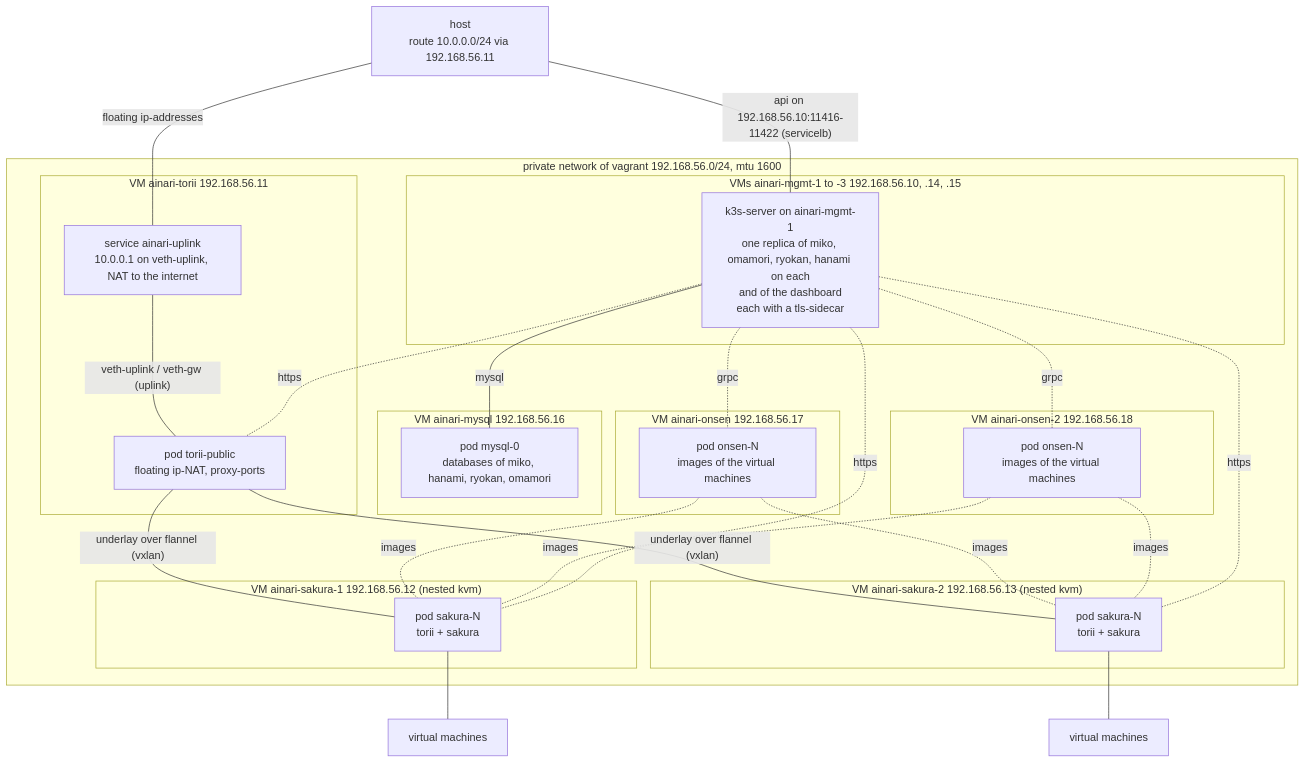
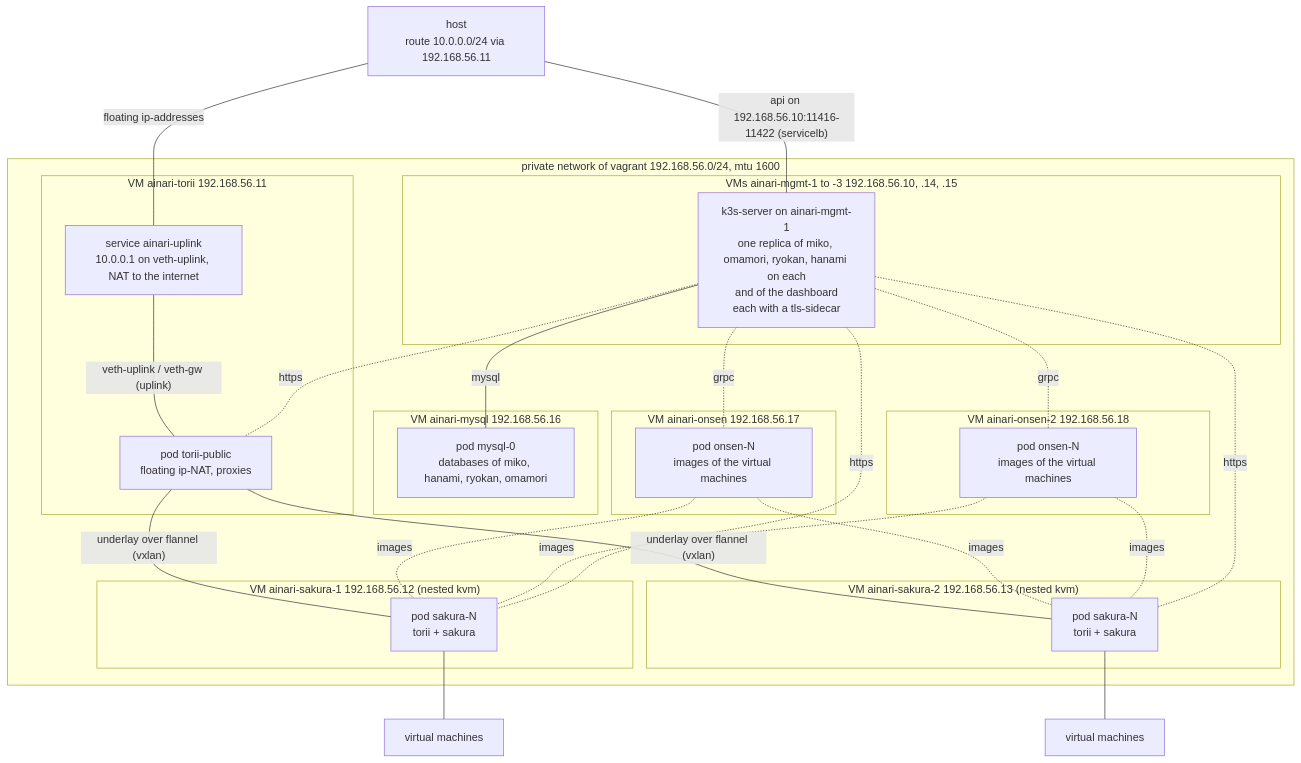
One commit to kitsudaiki/ainari changed the diagram in docs/developer/local_testing/vagrant_setup.md. Above: the diagram before and after it, drawn with Mermaid. The commit also changed other lines of this file and 108 other files, not shown here.

First line of the commit message:
feat(#991): replaced torii ports

````diff
--- a/docs/developer/local_testing/vagrant_setup.md
+++ b/docs/developer/local_testing/vagrant_setup.md
@@ -38,47 +38,47 @@
 ```mermaid
 flowchart TB
     host["host<br/>route 10.0.0.0/24 via 192.168.56.11"]
 
     subgraph net["private network of vagrant 192.168.56.0/24, mtu 1600"]
         subgraph mgmt["VMs ainari-mgmt-1 to -3 192.168.56.10, .14, .15"]
             control["k3s-server on ainari-mgmt-1<br/>one replica of miko, omamori, ryokan, hanami on each<br/>and of the dashboard<br/>each with a tls-sidecar"]
         end
         subgraph onsenvm["VM ainari-onsen 192.168.56.17"]
             onsen["pod onsen-N<br/>images of the virtual machines"]
         end
         subgraph onsenvm2["VM ainari-onsen-2 192.168.56.18"]
             onsen2["pod onsen-N<br/>images of the virtual machines"]
         end
         subgraph mysqlvm["VM ainari-mysql 192.168.56.16"]
             mysql["pod mysql-0<br/>databases of miko, hanami, ryokan, omamori"]
         end
         subgraph toriivm["VM ainari-torii 192.168.56.11"]
             uplink["service ainari-uplink<br/>10.0.0.1 on veth-uplink, NAT to the internet"]
-            public["pod torii-public<br/>floating ip-NAT, proxy-ports"]
+            public["pod torii-public<br/>floating ip-NAT, proxies"]
         end
         subgraph sak1["VM ainari-sakura-1 192.168.56.12 (nested kvm)"]
             pod0["pod sakura-N<br/>torii + sakura"]
         end
         subgraph sak2["VM ainari-sakura-2 192.168.56.13 (nested kvm)"]
             pod1["pod sakura-N<br/>torii + sakura"]
         end
     end
 
     host -- "api on 192.168.56.10:11416-11422 (servicelb)" --- control
     host -- "floating ip-addresses" --- uplink
     uplink -- "veth-uplink / veth-gw (uplink)" --- public
     public -- "underlay over flannel (vxlan)" --- pod0
     public -- "underlay over flannel (vxlan)" --- pod1
     pod0 --- vm0["virtual machines"]
     pod1 --- vm1["virtual machines"]
     control -- "mysql" --- mysql
     control -. "grpc" .- onsen
     onsen -. "images" .- pod0
     onsen -. "images" .- pod1
     control -. "grpc" .- onsen2
     onsen2 -. "images" .- pod0
     onsen2 -. "images" .- pod1
     control -. "https" .- public
     control -. "https" .- pod0
     control -. "https" .- pod1
 ```
````
